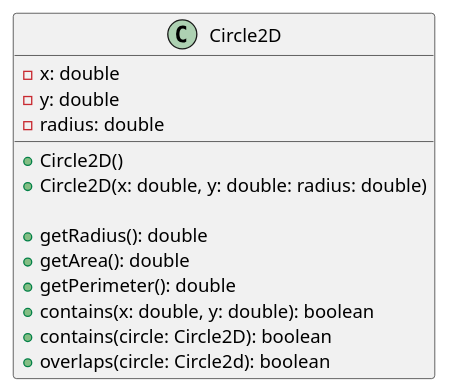
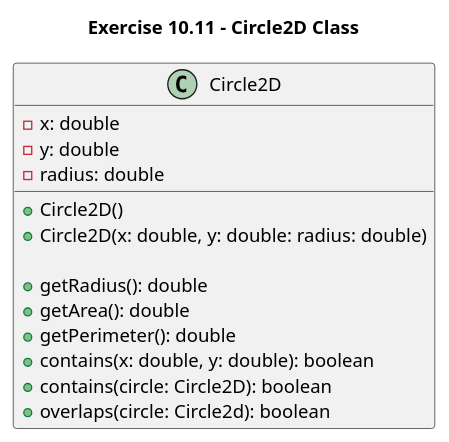
The diagram in Introduction_to_Java_Programming/src/main/java/chapter10/exercise/exercise10_11/Circle2DDiagram.puml (emaphis/Introduction_to_Java_Programming), drawn with PlantUML before and after one commit. The commit also changed 6 other files, not shown here.

```diff
--- a/Introduction_to_Java_Programming/src/main/java/chapter10/exercise/exercise10_11/Circle2DDiagram.puml
+++ b/Introduction_to_Java_Programming/src/main/java/chapter10/exercise/exercise10_11/Circle2DDiagram.puml
@@ -1,17 +1,18 @@
-@startuml
+@startuml Exercise10.11
+title Exercise 10.11 - Circle2D Class
 class Circle2D {
     -x: double
     -y: double
     -radius: double
 
     +Circle2D()
     +Circle2D(x: double, y: double: radius: double)
 
     +getRadius(): double
     +getArea(): double
     +getPerimeter(): double
     +contains(x: double, y: double): boolean
     +contains(circle: Circle2D): boolean
     +overlaps(circle: Circle2d): boolean
 }
 @enduml
```
